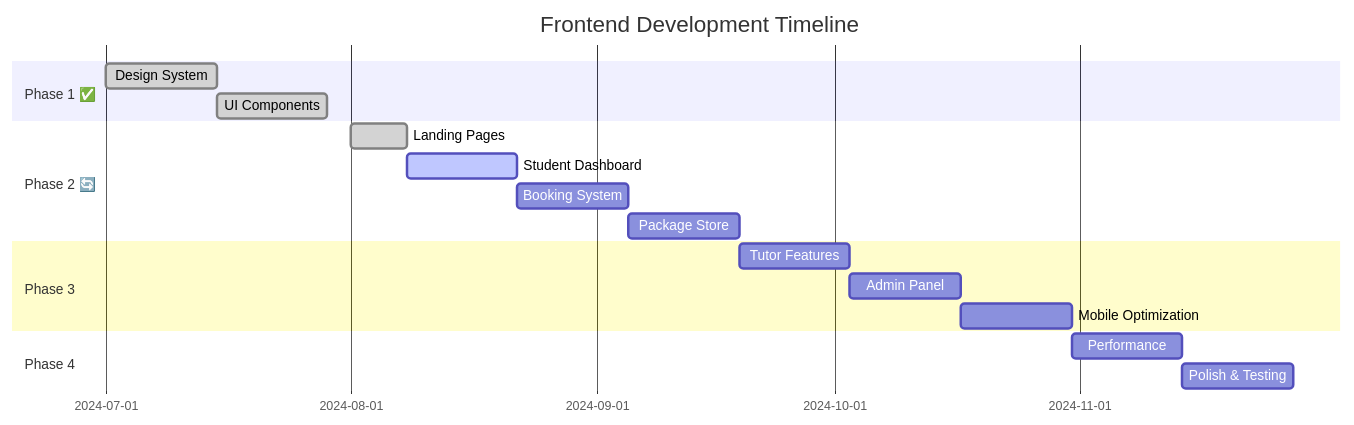
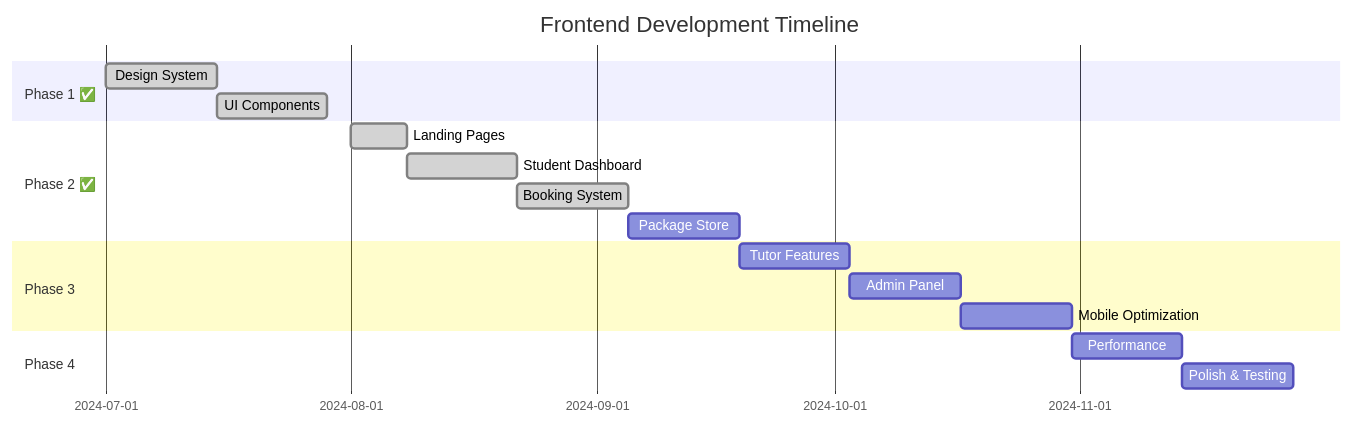
Before and after one commit to Armand2002/studentPlatform: the diagram in FRONTEND_ROADMAP.md, drawn with Mermaid. The commit also changed other lines of this file and 46 other files, not shown here.

````diff
--- a/FRONTEND_ROADMAP.md
+++ b/FRONTEND_ROADMAP.md
@@ -393,23 +432,23 @@
 ```mermaid
 gantt
     title Frontend Development Timeline
     dateFormat  YYYY-MM-DD
     section Phase 1 ✅
     Design System        :done, des1, 2024-07-01, 14d
     UI Components        :done, des2, 2024-07-15, 14d
     
-    section Phase 2 🔄
+    section Phase 2 ✅
     Landing Pages        :done, phase2a, 2024-08-01, 7d
-    Student Dashboard    :active, phase2b, 2024-08-08, 14d
-    Booking System       :phase2c, 2024-08-22, 14d
+    Student Dashboard    :done, phase2b, 2024-08-08, 14d
+    Booking System       :done, phase2c, 2024-08-22, 14d
     Package Store        :phase2d, 2024-09-05, 14d
     
     section Phase 3
     Tutor Features       :phase3a, 2024-09-19, 14d
     Admin Panel          :phase3b, 2024-10-03, 14d
     Mobile Optimization  :phase3c, 2024-10-17, 14d
     
     section Phase 4
     Performance          :phase4a, 2024-10-31, 14d
     Polish & Testing     :phase4b, 2024-11-14, 14d
 ```
````
